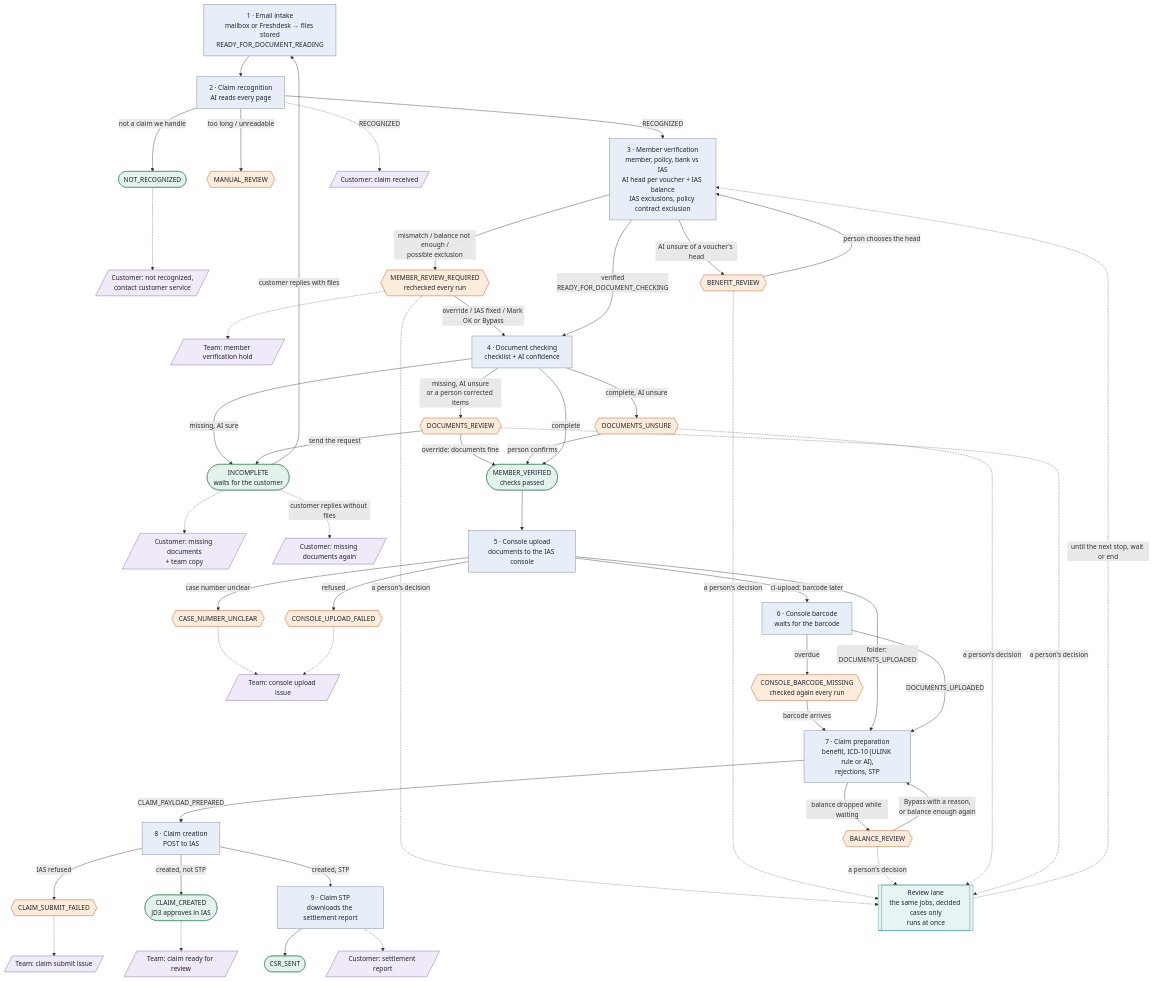
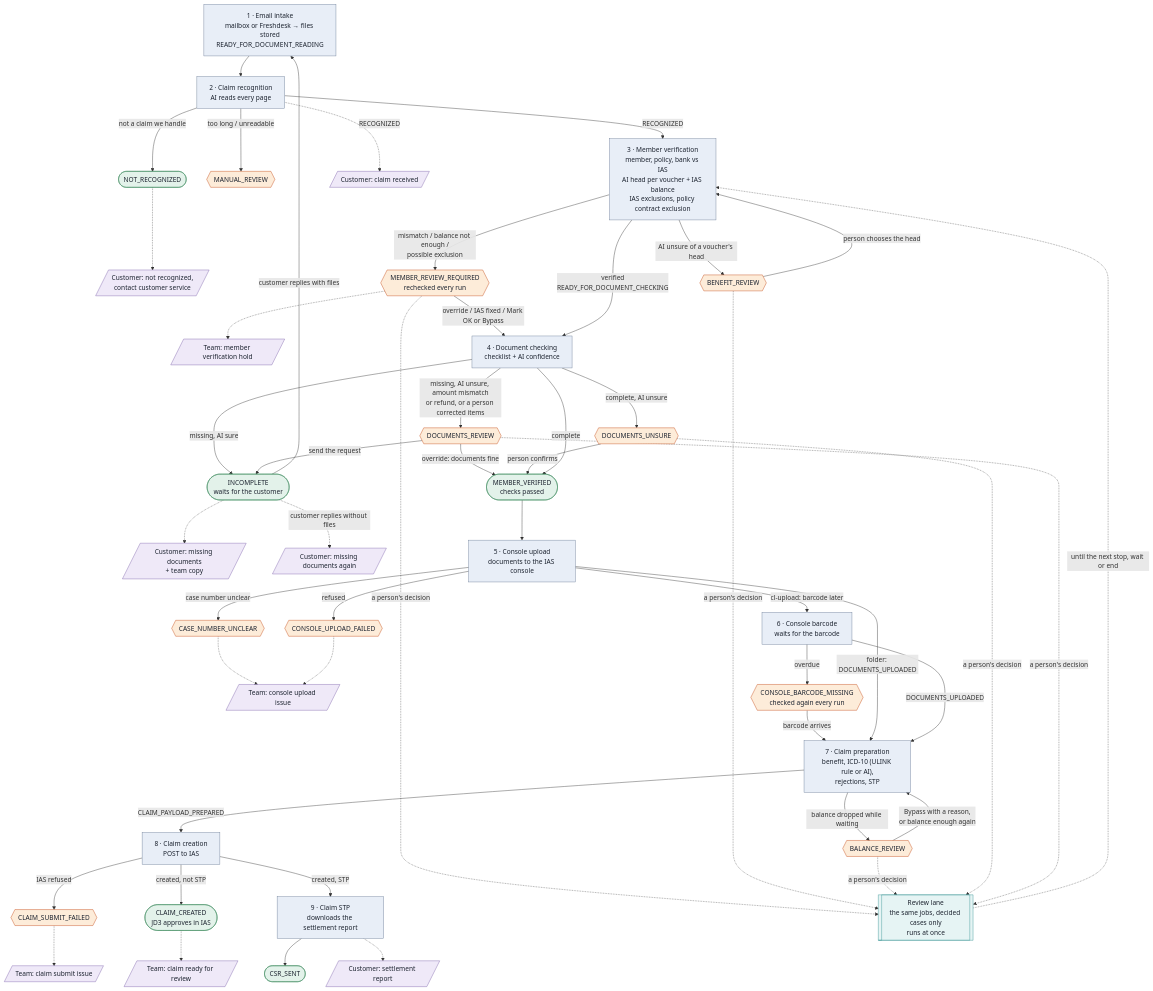
Before and after one commit to stevenyeo99/ulink-admin: the diagram in docs/system/flowchart/EMAIL_CASE_FLOWCHART.md, drawn with Mermaid. The commit also changed other lines of this file and 12 other files, not shown here.

Commit message:
Document check: refund slips count in the voucher total (net), and an amount mismatch or a refund always waits for a person who revises each line amount, overrides or asks the customer; no claim revise or customer email on its own (UAT AYA-CL-26034500)

````diff
--- a/docs/system/flowchart/EMAIL_CASE_FLOWCHART.md
+++ b/docs/system/flowchart/EMAIL_CASE_FLOWCHART.md
@@ -28,52 +28,52 @@
 ```mermaid
 flowchart TD
   classDef job fill:#e8eef7,stroke:#6b7c96,color:#1d2430
   classDef stop fill:#fdecd9,stroke:#c2410c,color:#1d2430
   classDef done fill:#e3f2ea,stroke:#3f8a5f,color:#1d2430
   classDef mail fill:#efe9f8,stroke:#7a5ea8,color:#1d2430
 
   A[1 · Email intake<br/>mailbox or Freshdesk → files stored<br/>READY_FOR_DOCUMENT_READING]:::job --> C[2 · Claim recognition<br/>AI reads every page]:::job
   C -->|not a claim we handle| NR([NOT_RECOGNIZED]):::done
   NR -.-> E1[/Customer: not recognized,<br/>contact customer service/]:::mail
   C -->|too long / unreadable| MR{{MANUAL_REVIEW}}:::stop
   C -->|RECOGNIZED| D[3 · Member verification<br/>member, policy, bank vs IAS<br/>AI head per voucher + IAS balance<br/>IAS exclusions, policy contract exclusion]:::job
   C -.->|RECOGNIZED| E2[/Customer: claim received/]:::mail
   D -->|mismatch / balance not enough /<br/>possible exclusion| MV{{MEMBER_REVIEW_REQUIRED<br/>rechecked every run}}:::stop
   MV -.-> E3[/Team: member verification hold/]:::mail
   MV -->|override / IAS fixed / Mark OK or Bypass| E
   D -->|AI unsure of a voucher's head| BR{{BENEFIT_REVIEW}}:::stop
   BR -->|person chooses the head| D
   D -->|verified<br/>READY_FOR_DOCUMENT_CHECKING| E[4 · Document checking<br/>checklist + AI confidence]:::job
   E -->|missing, AI sure| IN([INCOMPLETE<br/>waits for the customer]):::done
   IN -.-> E4[/Customer: missing documents<br/>+ team copy/]:::mail
-  E -->|missing, AI unsure<br/>or a person corrected items| DR{{DOCUMENTS_REVIEW}}:::stop
+  E -->|missing, AI unsure, amount mismatch<br/>or refund, or a person corrected items| DR{{DOCUMENTS_REVIEW}}:::stop
   DR -->|send the request| IN
   DR -->|override: documents fine| MVD
   E -->|complete, AI unsure| DU{{DOCUMENTS_UNSURE}}:::stop
   DU -->|person confirms| MVD
   E -->|complete| MVD([MEMBER_VERIFIED<br/>checks passed]):::done
   IN -->|customer replies with files| A
   IN -.->|customer replies without files| E5[/Customer: missing documents again/]:::mail
   MVD --> F[5 · Console upload<br/>documents to the IAS console]:::job
   F -->|case number unclear| CN{{CASE_NUMBER_UNCLEAR}}:::stop
   F -->|refused| CU{{CONSOLE_UPLOAD_FAILED}}:::stop
   CN & CU -.-> E6[/Team: console upload issue/]:::mail
   F -->|cl-upload: barcode later| G[6 · Console barcode<br/>waits for the barcode]:::job
   G -->|overdue| CB{{CONSOLE_BARCODE_MISSING<br/>checked again every run}}:::stop
   CB -->|barcode arrives| H
   F -->|folder: DOCUMENTS_UPLOADED| H
   G -->|DOCUMENTS_UPLOADED| H["7 · Claim preparation<br/>benefit, ICD-10 (ULINK rule or AI),<br/>rejections, STP"]:::job
   H -->|balance dropped while waiting| BL{{BALANCE_REVIEW}}:::stop
   BL -->|Bypass with a reason,<br/>or balance enough again| H
   H -->|CLAIM_PAYLOAD_PREPARED| I[8 · Claim creation<br/>POST to IAS]:::job
   I -->|IAS refused| RF{{CLAIM_SUBMIT_FAILED}}:::stop
   RF -.-> E7[/Team: claim submit issue/]:::mail
   I -->|created, not STP| R([CLAIM_CREATED<br/>JD3 approves in IAS]):::done
   R -.-> E8[/Team: claim ready for review/]:::mail
   I -->|created, STP| J[9 · Claim STP<br/>downloads the settlement report]:::job
   J --> CSR([CSR_SENT]):::done
   J -.-> E9[/Customer: settlement report/]:::mail
   classDef lane fill:#e6f4f4,stroke:#2f8f8f,color:#1d2430
   MV & BR & BL & DU & DR -.->|a person's decision| RL[[Review lane<br/>the same jobs, decided cases only<br/>runs at once]]:::lane
   RL -.->|until the next stop, wait or end| D
 ```
````
